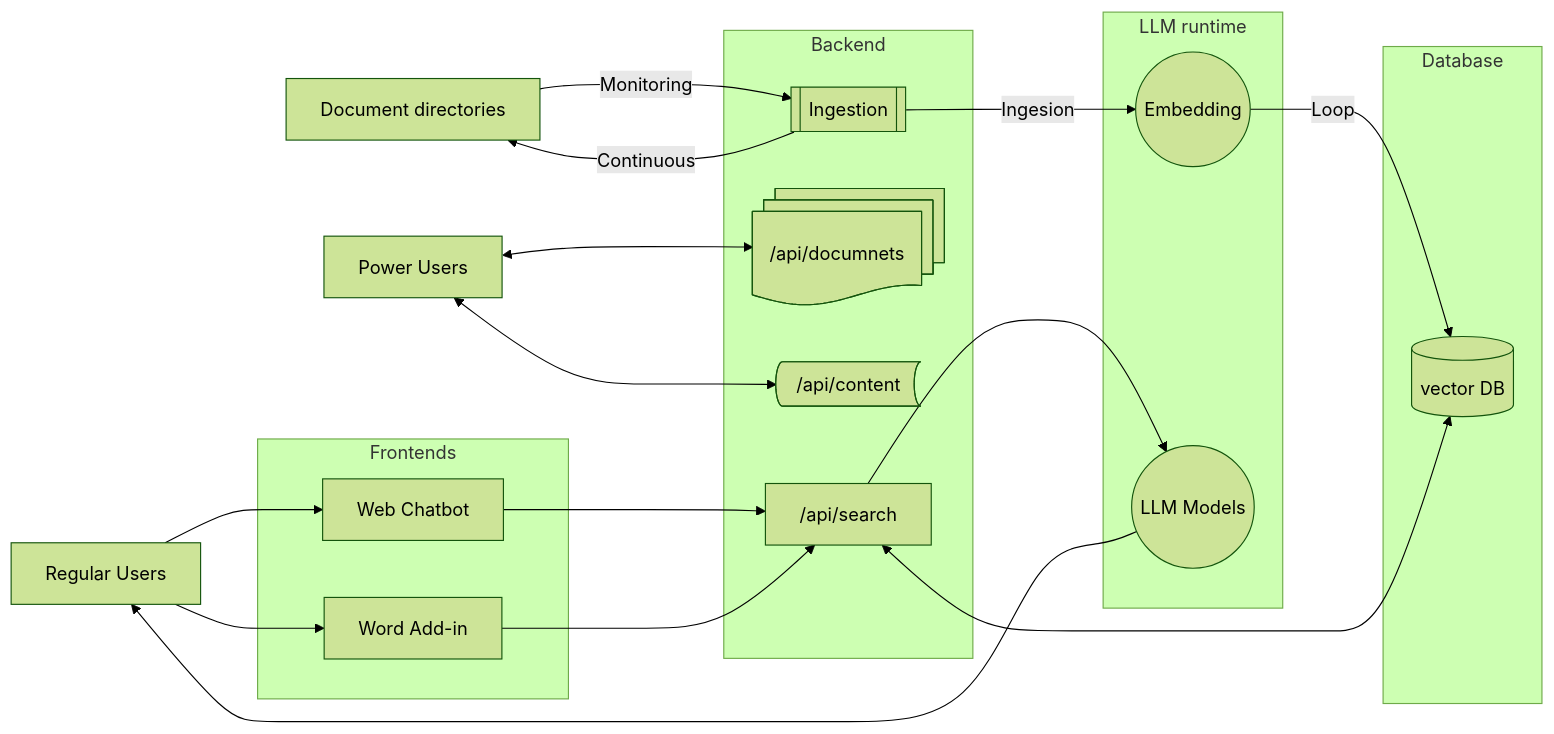
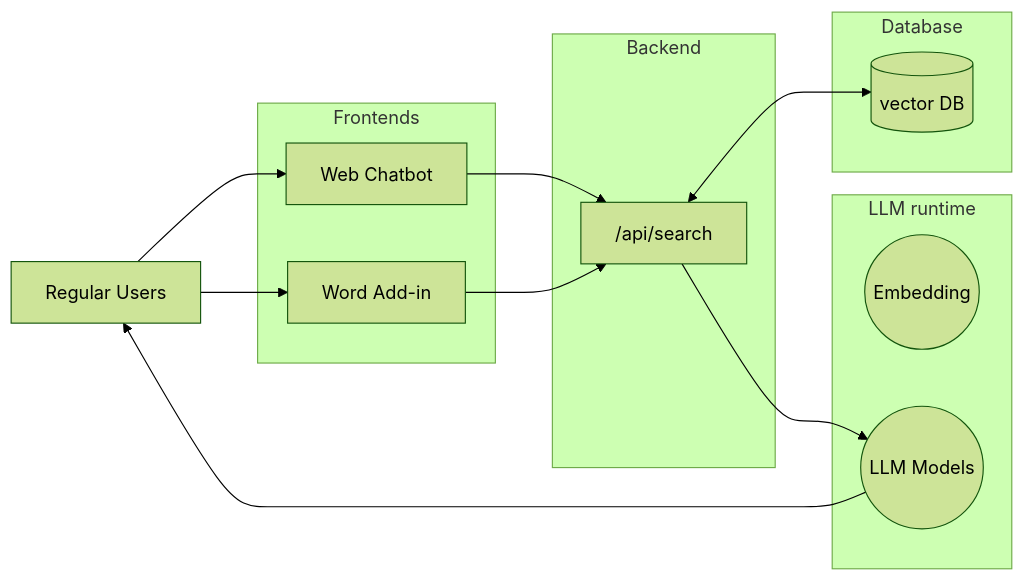
One commit to beezy-dev/abacc-rag changed the second of 2 diagrams in DOCS/README.md. Above: the diagram before and after it, drawn with Mermaid (forest theme). The commit also changed other lines of this file, not shown here.

````diff
--- a/DOCS/README.md
+++ b/DOCS/README.md
@@ -74,39 +74,26 @@
 ```mermaid
 flowchart LR
     A[Regular Users]
-    Z[Power Users]
-    I[Document directories]
-
 
     subgraph Frontends
         B[Web Chatbot]
         J[Word Add-in]
     end
 
     subgraph Backend
-        C[[Ingestion]]
-        H@{ shape: docs, label: "/api/documnets"}
-        K@{ shape: bow-rect, label: "/api/content"}
         E["/api/search"]
     end
 
     subgraph Database 
         D[(vector DB)]
     end
 
     subgraph LLM runtime
         F((Embedding))
         G((LLM Models))
     end
 
-
-
-    %% Document processing
-    C -- "Continuous" --> I -- "Monitoring" --> C
-    C -- "Ingesion" --> F -- "Loop" --> D
-    %% Admins
-    Z <--> H & K
     %% Prompting
     A --> B & J --> E <--> D
     E --> G --> A
 ```
````
